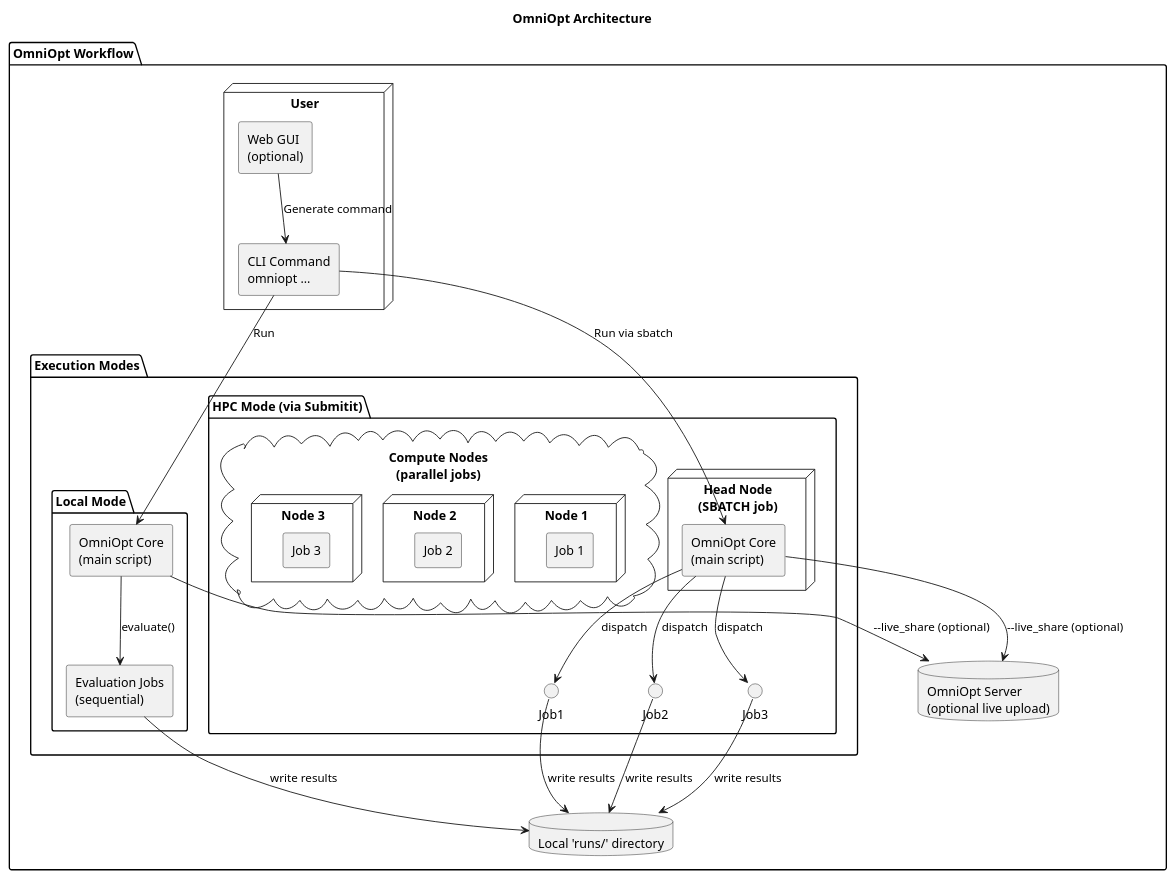
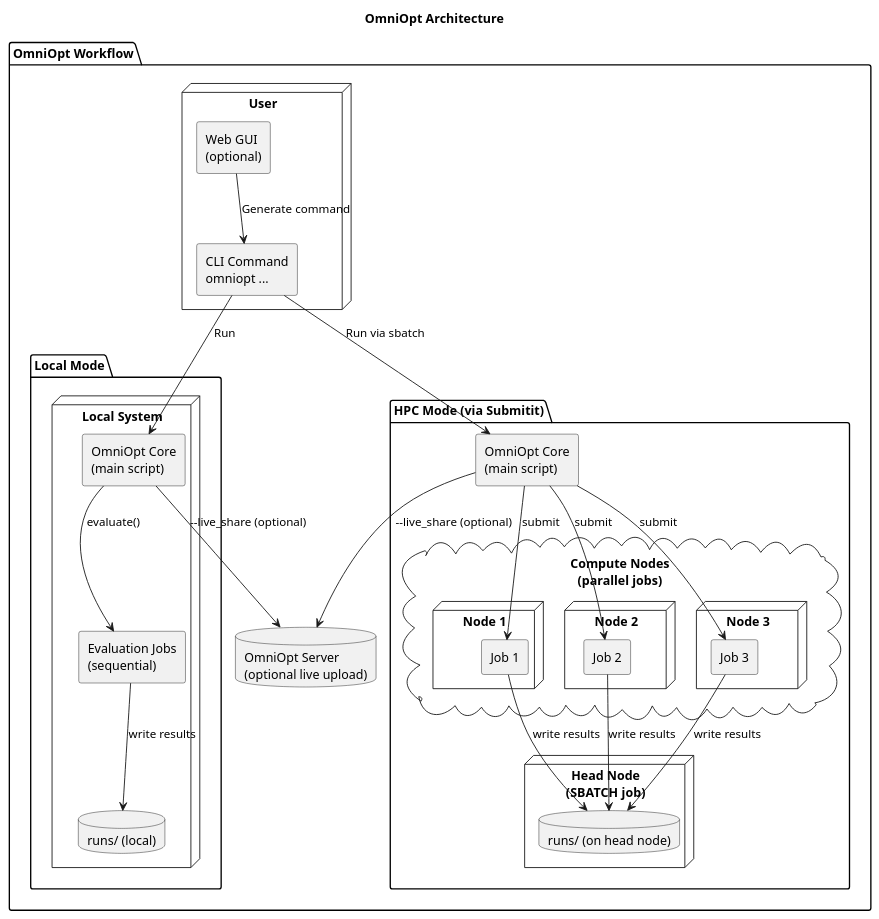
One commit to NormanTUD/OmniOpt changed the diagram in .gui/documentation/architektur.puml. Above: the diagram before and after it, drawn with PlantUML. The commit also changed other lines of this file and 1 other file, not shown here.

```diff
--- a/.gui/documentation/architektur.puml
+++ b/.gui/documentation/architektur.puml
@@ -1,63 +1,64 @@
 @startuml
 skinparam componentStyle rectangle
 skinparam defaultFontName Monospace
 
 title OmniOpt Architecture
 
 package "OmniOpt Workflow" {
 
   node "User" {
     component "Web GUI\n(optional)" as GUI
     component "CLI Command\nomniopt ..." as CLI
     GUI --> CLI : Generate command
   }
 
-  database "Local 'runs/' directory" as RunsFolder
+  database "OmniOpt Server\n(optional live upload)" as OmniOptServer
 
-  package "Execution Modes" {
-
-    folder "Local Mode" {
+  package "Local Mode" {
+    node "Local System" {
       component "OmniOpt Core\n(main script)" as LocalCore
       component "Evaluation Jobs\n(sequential)" as LocalJobs
-
-      CLI --> LocalCore : Run
-      LocalCore --> LocalJobs : evaluate()
-      LocalJobs --> RunsFolder : write results
+      database "runs/ (local)" as LocalRuns
     }
 
-    folder "HPC Mode (via Submitit)" {
-      node "Head Node\n(SBATCH job)" {
-        component "OmniOpt Core\n(main script)" as HPCMaster
-      }
-
-      cloud "Compute Nodes\n(parallel jobs)" {
-        node "Node 1" {
-          component "Job 1"
-        }
-        node "Node 2" {
-          component "Job 2"
-        }
-        node "Node 3" {
-          component "Job 3"
-        }
-      }
-
-      CLI --> HPCMaster : Run via sbatch
-      HPCMaster --> Job1 : dispatch
-      HPCMaster --> Job2 : dispatch
-      HPCMaster --> Job3 : dispatch
-
-      Job1 --> RunsFolder : write results
-      Job2 --> RunsFolder : write results
-      Job3 --> RunsFolder : write results
-    }
+    CLI --> LocalCore : Run
+    LocalCore --> LocalJobs : evaluate()
+    LocalJobs --> LocalRuns : write results
+    LocalCore --> OmniOptServer : --live_share (optional)
   }
 
-  database "OmniOpt Server\n(optional live upload)" as OmniOptServer
+  package "HPC Mode (via Submitit)" {
 
-  LocalCore --> OmniOptServer : --live_share (optional)
-  HPCMaster --> OmniOptServer : --live_share (optional)
+    component "OmniOpt Core\n(main script)" as HPCMaster
 
+    CLI --> HPCMaster : Run via sbatch
+
+    node "Head Node\n(SBATCH job)" {
+      database "runs/ (on head node)" as HPCRuns
+    }
+
+    cloud "Compute Nodes\n(parallel jobs)" {
+      node "Node 1" {
+        component "Job 1" as Job1
+      }
+      node "Node 2" {
+        component "Job 2" as Job2
+      }
+      node "Node 3" {
+        component "Job 3" as Job3
+      }
+    }
+
+    HPCMaster --> Job1 : submit
+    HPCMaster --> Job2 : submit
+    HPCMaster --> Job3 : submit
+
+    Job1 --> HPCRuns : write results
+    Job2 --> HPCRuns : write results
+    Job3 --> HPCRuns : write results
+
+    HPCMaster --> OmniOptServer : --live_share (optional)
+  }
 }
 
 @enduml
```
